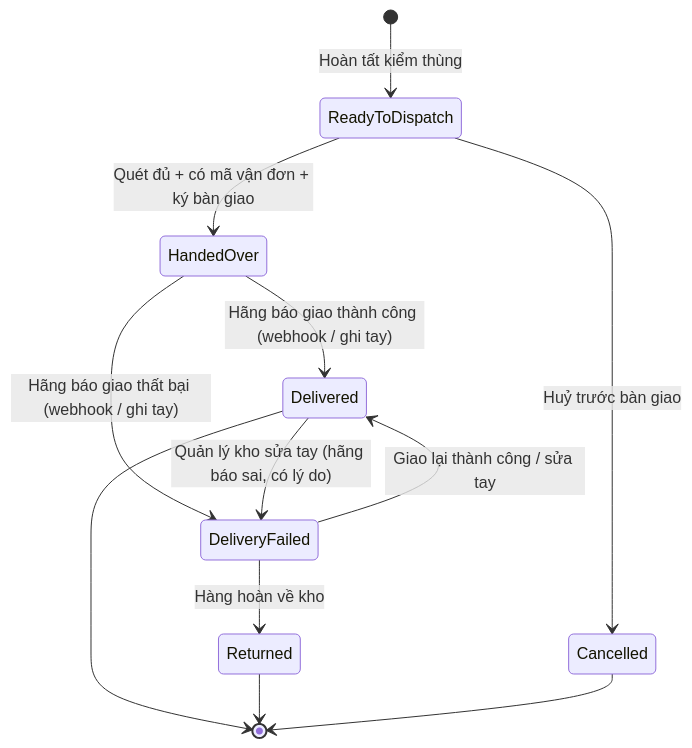
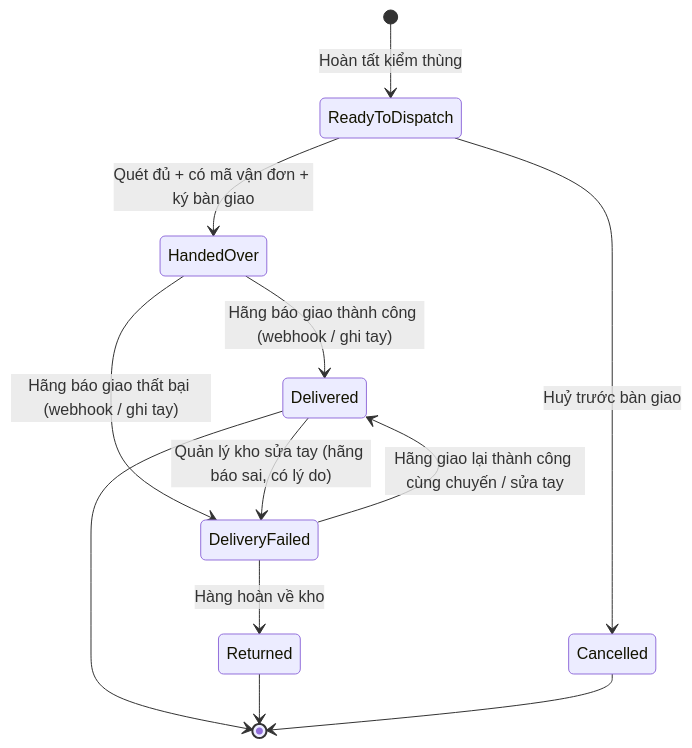
Before and after one commit to KLTN-FA26/docs: the first of 3 diagrams in docs/warehouse/09-shipping/README.md, drawn with Mermaid. The commit also changed other lines of this file and 13 other files, not shown here.

````diff
--- a/docs/warehouse/09-shipping/README.md
+++ b/docs/warehouse/09-shipping/README.md
@@ -456,14 +461,14 @@
 ```mermaid
 stateDiagram-v2
     [*] --> ReadyToDispatch: Hoàn tất kiểm thùng
     ReadyToDispatch --> HandedOver: Quét đủ + có mã vận đơn + ký bàn giao
     ReadyToDispatch --> Cancelled: Huỷ trước bàn giao
     HandedOver --> Delivered: Hãng báo giao thành công (webhook / ghi tay)
     HandedOver --> DeliveryFailed: Hãng báo giao thất bại (webhook / ghi tay)
-    DeliveryFailed --> Delivered: Giao lại thành công / sửa tay
+    DeliveryFailed --> Delivered: Hãng giao lại thành công cùng chuyến / sửa tay
     Delivered --> DeliveryFailed: Quản lý kho sửa tay (hãng báo sai, có lý do)
     DeliveryFailed --> Returned: Hàng hoàn về kho
     Delivered --> [*]
     Returned --> [*]
     Cancelled --> [*]
 ```
````
